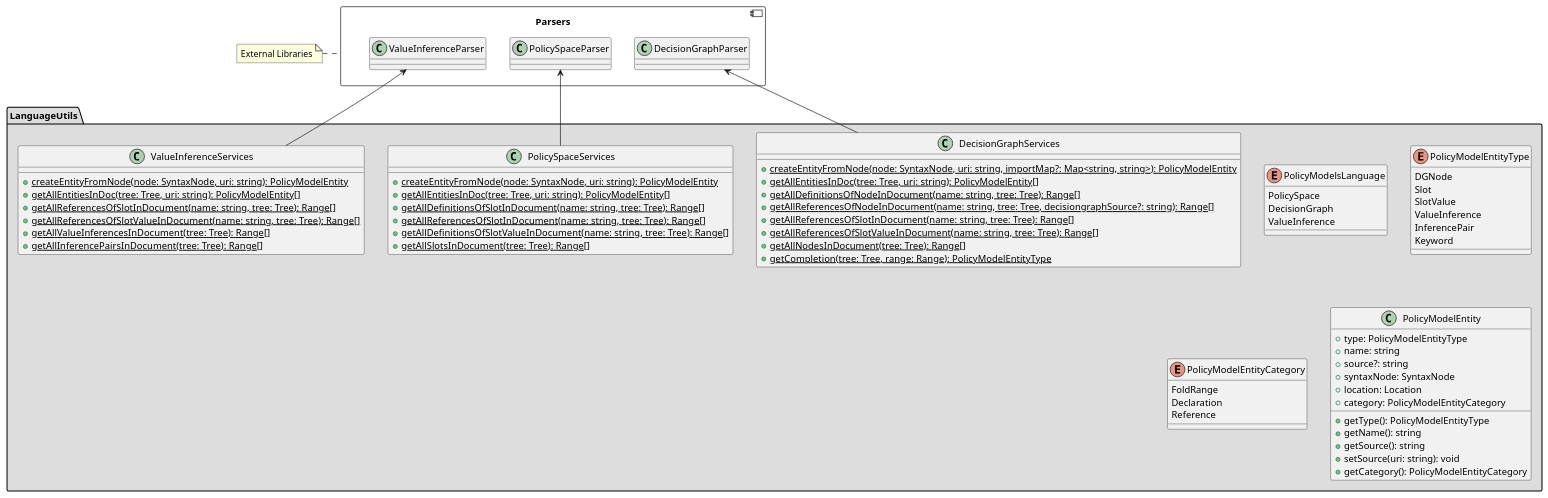
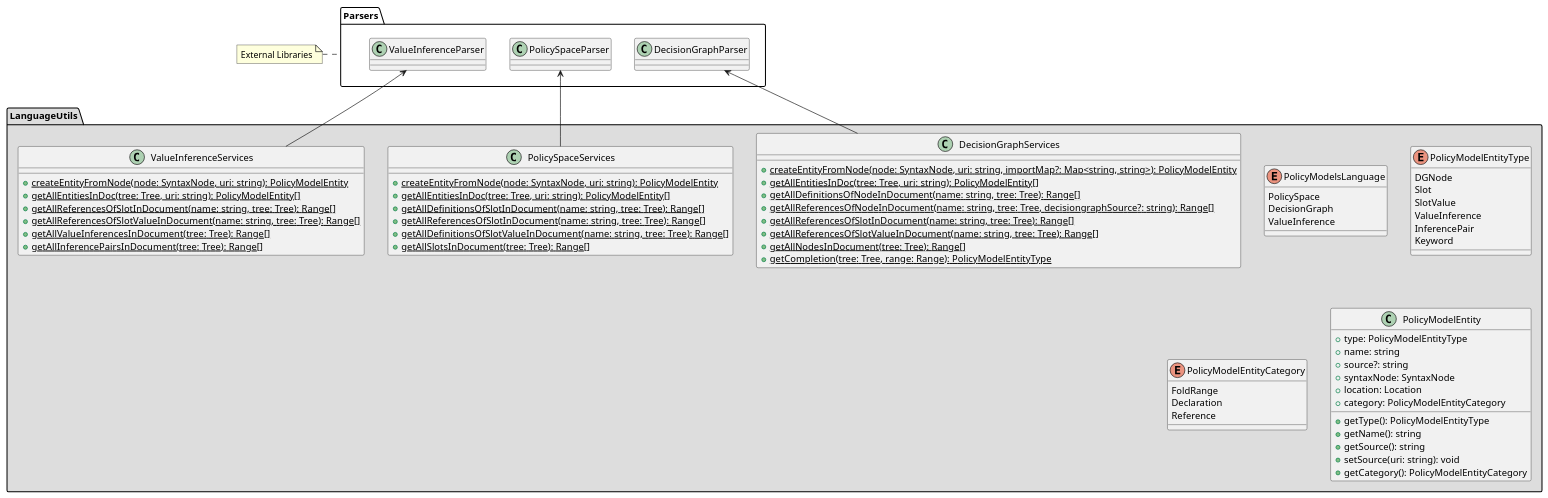
The diagram in plugin/diagrams/server/LanguageUtils.puml (wolfj123/PolicyModelsPlugin), drawn with PlantUML before and after one commit. The commit also changed 1 other file, not shown here.

```diff
--- a/plugin/diagrams/server/LanguageUtils.puml
+++ b/plugin/diagrams/server/LanguageUtils.puml
@@ -1,80 +1,80 @@
 @startuml
 
 'skinparam style strictuml
 top to bottom direction
 allowmixing
 
 package LanguageUtils #DDDDDD {
     enum PolicyModelsLanguage {
         PolicySpace
         DecisionGraph
         ValueInference
     }
     enum PolicyModelEntityType {
         DGNode
         Slot
         SlotValue
         ValueInference
         InferencePair
         Keyword
     }
     enum PolicyModelEntityCategory {
         FoldRange
         Declaration
         Reference
     }
     class PolicyModelEntity {
         +type: PolicyModelEntityType
         +name: string
         +source?: string
         +syntaxNode: SyntaxNode
         +location: Location
         +category: PolicyModelEntityCategory
         +getType(): PolicyModelEntityType
         +getName(): string
         +getSource(): string
         +setSource(uri: string): void
         +getCategory(): PolicyModelEntityCategory
     }
     class DecisionGraphServices {
         +{static} createEntityFromNode(node: SyntaxNode, uri: string, importMap?: Map<string, string>): PolicyModelEntity
         +{static} getAllEntitiesInDoc(tree: Tree, uri: string): PolicyModelEntity[]
         +{static} getAllDefinitionsOfNodeInDocument(name: string, tree: Tree): Range[]
         +{static} getAllReferencesOfNodeInDocument(name: string, tree: Tree, decisiongraphSource?: string): Range[]
         +{static} getAllReferencesOfSlotInDocument(name: string, tree: Tree): Range[]
         +{static} getAllReferencesOfSlotValueInDocument(name: string, tree: Tree): Range[]
         +{static} getAllNodesInDocument(tree: Tree): Range[]
         +{static} getCompletion(tree: Tree, range: Range): PolicyModelEntityType
     }
     class PolicySpaceServices {
         +{static} createEntityFromNode(node: SyntaxNode, uri: string): PolicyModelEntity
         +{static} getAllEntitiesInDoc(tree: Tree, uri: string): PolicyModelEntity[]
         +{static} getAllDefinitionsOfSlotInDocument(name: string, tree: Tree): Range[]
         +{static} getAllReferencesOfSlotInDocument(name: string, tree: Tree): Range[]
         +{static} getAllDefinitionsOfSlotValueInDocument(name: string, tree: Tree): Range[]
         +{static} getAllSlotsInDocument(tree: Tree): Range[]
     }
     class ValueInferenceServices {
         +{static} createEntityFromNode(node: SyntaxNode, uri: string): PolicyModelEntity
         +{static} getAllEntitiesInDoc(tree: Tree, uri: string): PolicyModelEntity[]
         +{static} getAllReferencesOfSlotInDocument(name: string, tree: Tree): Range[]
         +{static} getAllReferencesOfSlotValueInDocument(name: string, tree: Tree): Range[]
         +{static} getAllValueInferencesInDocument(tree: Tree): Range[]
         +{static} getAllInferencePairsInDocument(tree: Tree): Range[]
     }
 }
 
-component Parsers {
+package Parsers {
     class DecisionGraphParser
     class PolicySpaceParser
     class ValueInferenceParser
 }
 
 note "External Libraries" as n_ext
 n_ext .right. Parsers
 
 DecisionGraphServices -up-> DecisionGraphParser
 PolicySpaceServices -up-> PolicySpaceParser
 ValueInferenceServices -up-> ValueInferenceParser
 
 @enduml
```
